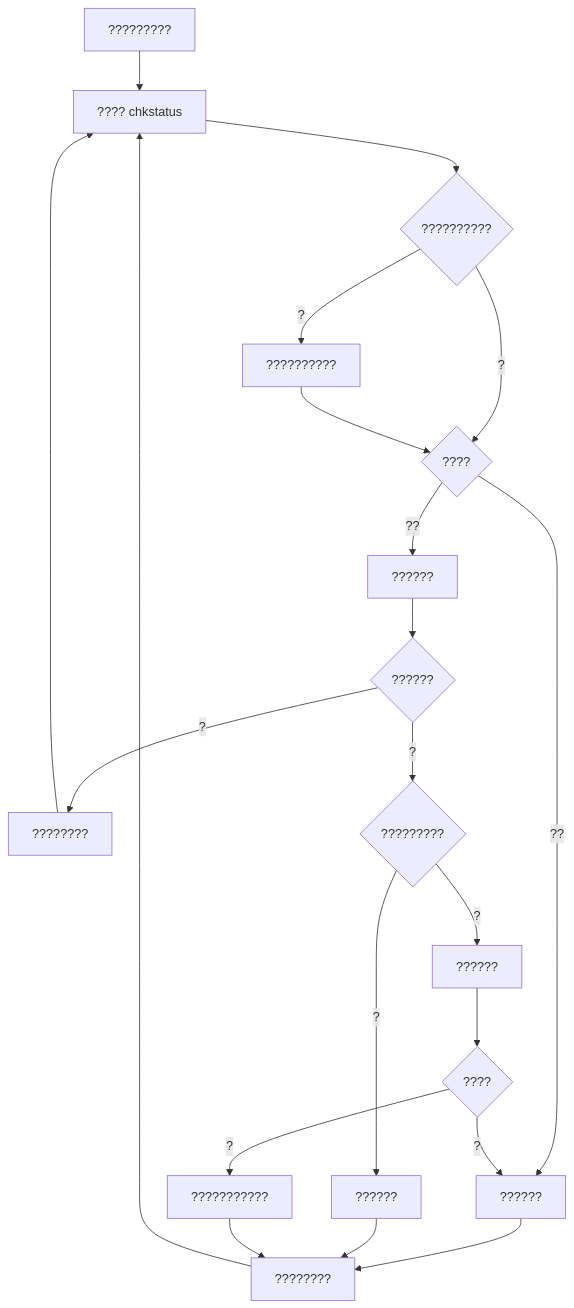
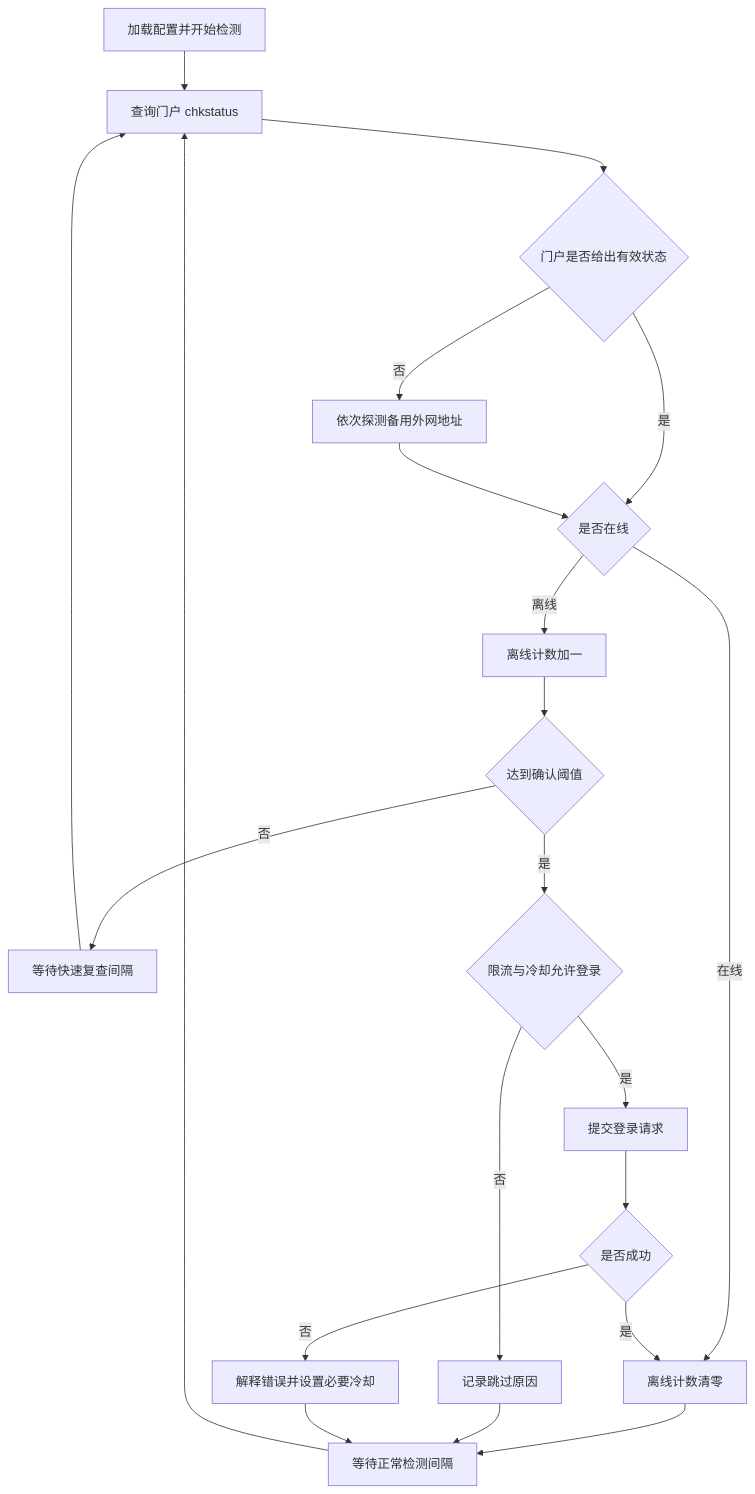
Before and after one commit to sn231/gxnu-net: the diagram in docs/ARCHITECTURE.md, drawn with Mermaid. The commit also changed other lines of this file and 2 other files, not shown here.

````diff
--- a/docs/ARCHITECTURE.md
+++ b/docs/ARCHITECTURE.md
@@ -13,23 +13,23 @@
 ```mermaid
 flowchart TD
-    A[?????????] --> B[???? chkstatus]
-    B --> C{??????????}
-    C -->|?| D{????}
-    C -->|?| E[??????????]
+    A[加载配置并开始检测] --> B[查询门户 chkstatus]
+    B --> C{门户是否给出有效状态}
+    C -->|是| D{是否在线}
+    C -->|否| E[依次探测备用外网地址]
     E --> D
-    D -->|??| F[??????]
-    D -->|??| G[??????]
-    G --> H{??????}
-    H -->|?| I[????????]
-    H -->|?| J{?????????}
-    J -->|?| K[??????]
-    J -->|?| L[??????]
-    L --> M{????}
-    M -->|?| F
-    M -->|?| N[???????????]
-    F --> O[????????]
+    D -->|在线| F[离线计数清零]
+    D -->|离线| G[离线计数加一]
+    G --> H{达到确认阈值}
+    H -->|否| I[等待快速复查间隔]
+    H -->|是| J{限流与冷却允许登录}
+    J -->|否| K[记录跳过原因]
+    J -->|是| L[提交登录请求]
+    L --> M{是否成功}
+    M -->|是| F
+    M -->|否| N[解释错误并设置必要冷却]
+    F --> O[等待正常检测间隔]
     K --> O
     N --> O
     I --> B
     O --> B
 ```
````
